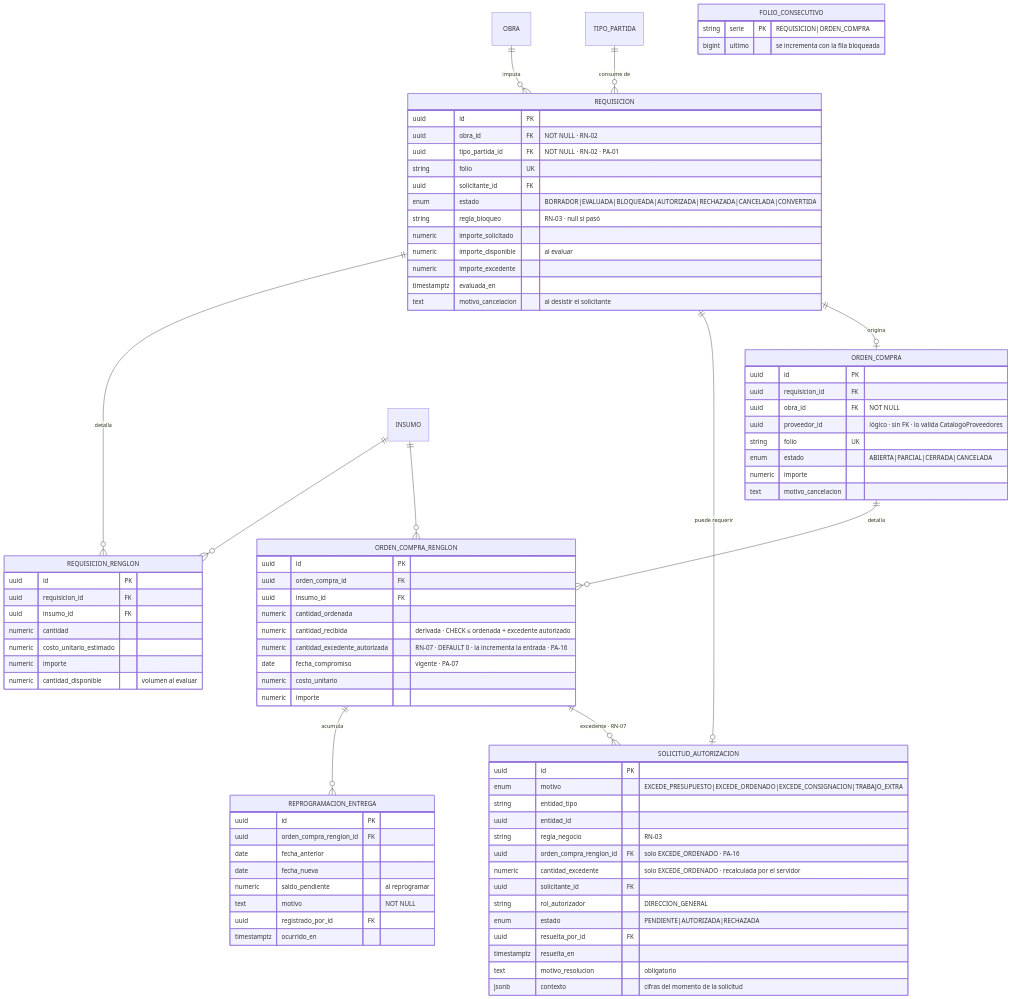
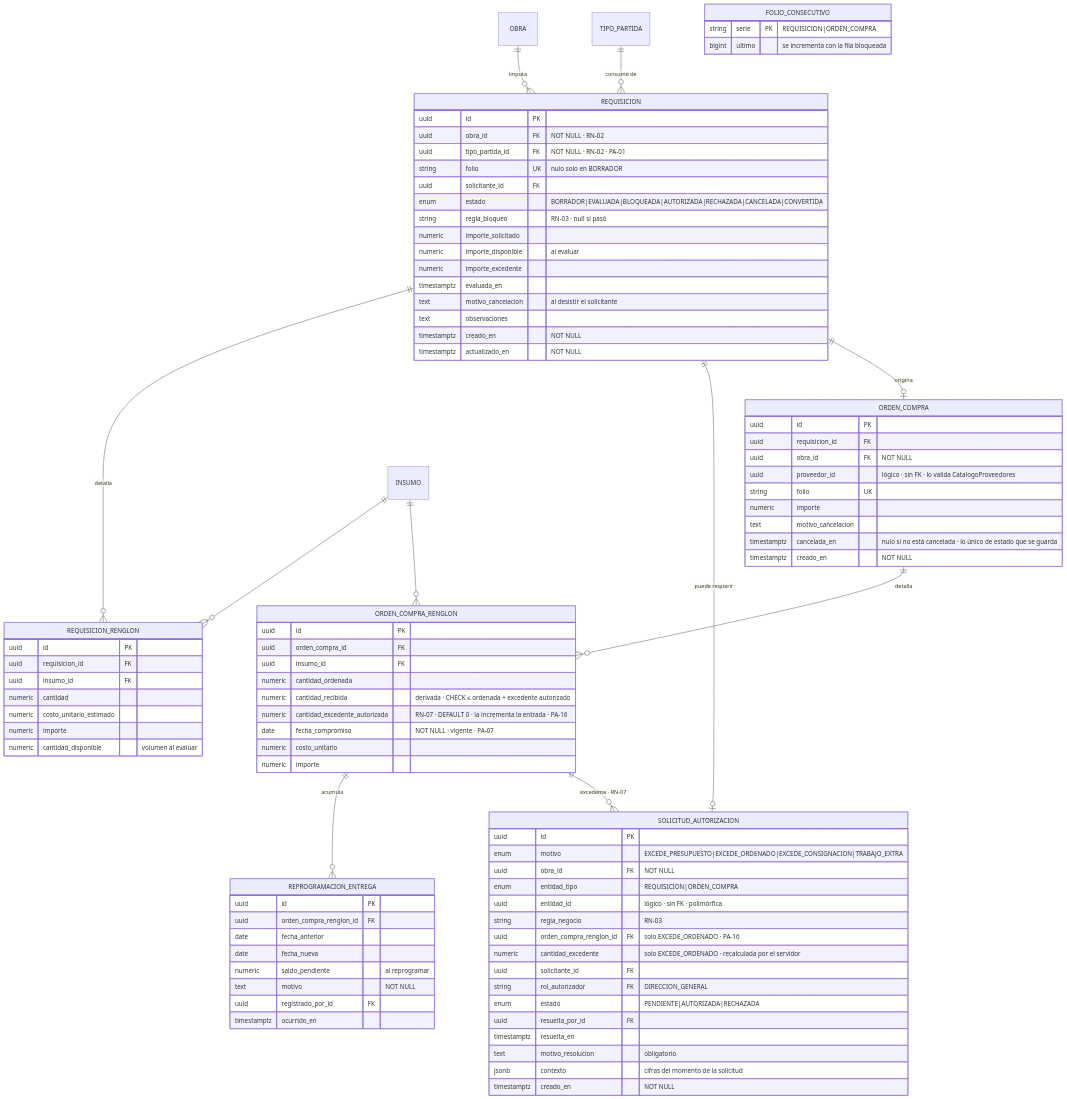
Before and after one commit to FranciscoRodSilva/IA4Devs-Proyecto-Final: the fifth of 18 diagrams in docs/03-modelo-datos.md, drawn with Mermaid. The commit also changed other lines of this file and 36 other files, not shown here.

```diff
--- a/docs/03-modelo-datos.md
+++ b/docs/03-modelo-datos.md
@@ -376,7 +376,7 @@
         uuid id PK
         uuid obra_id FK "NOT NULL · RN-02"
         uuid tipo_partida_id FK "NOT NULL · RN-02 · PA-01"
-        string folio UK
+        string folio UK "nulo solo en BORRADOR"
         uuid solicitante_id FK
         enum estado "BORRADOR|EVALUADA|BLOQUEADA|AUTORIZADA|RECHAZADA|CANCELADA|CONVERTIDA"
         string regla_bloqueo "RN-03 · null si pasó"
@@ -385,6 +385,9 @@
         numeric importe_excedente
         timestamptz evaluada_en
         text motivo_cancelacion "al desistir el solicitante"
+        text observaciones
+        timestamptz creado_en "NOT NULL"
+        timestamptz actualizado_en "NOT NULL"
     }
     FOLIO_CONSECUTIVO {
         string serie PK "REQUISICION|ORDEN_COMPRA"
@@ -402,18 +405,20 @@
     SOLICITUD_AUTORIZACION {
         uuid id PK
         enum motivo "EXCEDE_PRESUPUESTO|EXCEDE_ORDENADO|EXCEDE_CONSIGNACION|TRABAJO_EXTRA"
-        string entidad_tipo
-        uuid entidad_id
+        uuid obra_id FK "NOT NULL"
+        enum entidad_tipo "REQUISICION|ORDEN_COMPRA"
+        uuid entidad_id "lógico · sin FK · polimórfica"
         string regla_negocio "RN-03"
         uuid orden_compra_renglon_id FK "solo EXCEDE_ORDENADO · PA-16"
         numeric cantidad_excedente "solo EXCEDE_ORDENADO · recalculada por el servidor"
         uuid solicitante_id FK
-        string rol_autorizador "DIRECCION_GENERAL"
+        string rol_autorizador FK "DIRECCION_GENERAL"
         enum estado "PENDIENTE|AUTORIZADA|RECHAZADA"
         uuid resuelta_por_id FK
         timestamptz resuelta_en
         text motivo_resolucion "obligatorio"
         jsonb contexto "cifras del momento de la solicitud"
+        timestamptz creado_en "NOT NULL"
     }
     ORDEN_COMPRA {
         uuid id PK
@@ -421,9 +426,10 @@
         uuid obra_id FK "NOT NULL"
         uuid proveedor_id "lógico · sin FK · lo valida CatalogoProveedores"
         string folio UK
-        enum estado "ABIERTA|PARCIAL|CERRADA|CANCELADA"
         numeric importe
         text motivo_cancelacion
+        timestamptz cancelada_en "nulo si no está cancelada · lo único de estado que se guarda"
+        timestamptz creado_en "NOT NULL"
     }
     ORDEN_COMPRA_RENGLON {
         uuid id PK
@@ -432,7 +438,7 @@
         numeric cantidad_ordenada
         numeric cantidad_recibida "derivada · CHECK ≤ ordenada + excedente autorizado"
         numeric cantidad_excedente_autorizada "RN-07 · DEFAULT 0 · la incrementa la entrada · PA-16"
-        date fecha_compromiso "vigente · PA-07"
+        date fecha_compromiso "NOT NULL · vigente · PA-07"
         numeric costo_unitario
         numeric importe
     }
```
